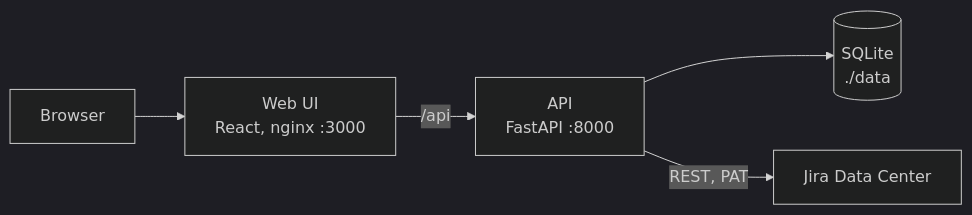
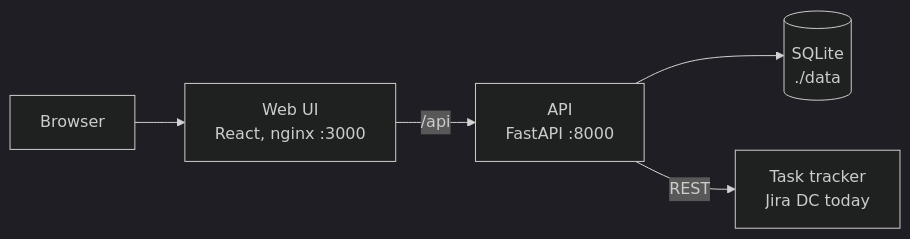
The diagram in README.md (Smacktur/drawhl), drawn with Mermaid (dark theme) before and after one commit. The commit also changed other lines of this file and 18 other files, not shown here.

First line of the commit message:
docs: position drawhl as a canvas for any task tracker

````diff
--- a/README.md
+++ b/README.md
@@ -114,7 +168,7 @@
 ```mermaid
 flowchart LR
   Browser --> Web[Web UI<br/>React, nginx :3000]
   Web -->|/api| API[API<br/>FastAPI :8000]
   API --> DB[(SQLite<br/>./data)]
-  API -->|REST, PAT| Jira[Jira Data Center]
+  API -->|REST| Tracker[Task tracker<br/>Jira DC today]
 ```
````
